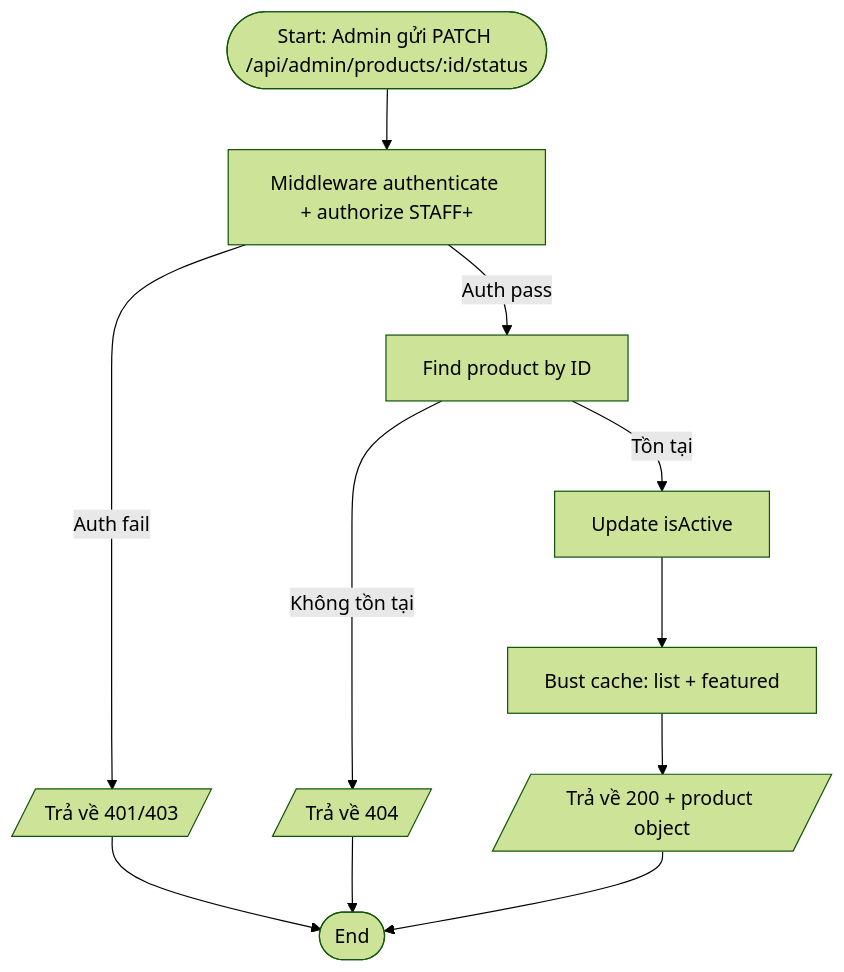
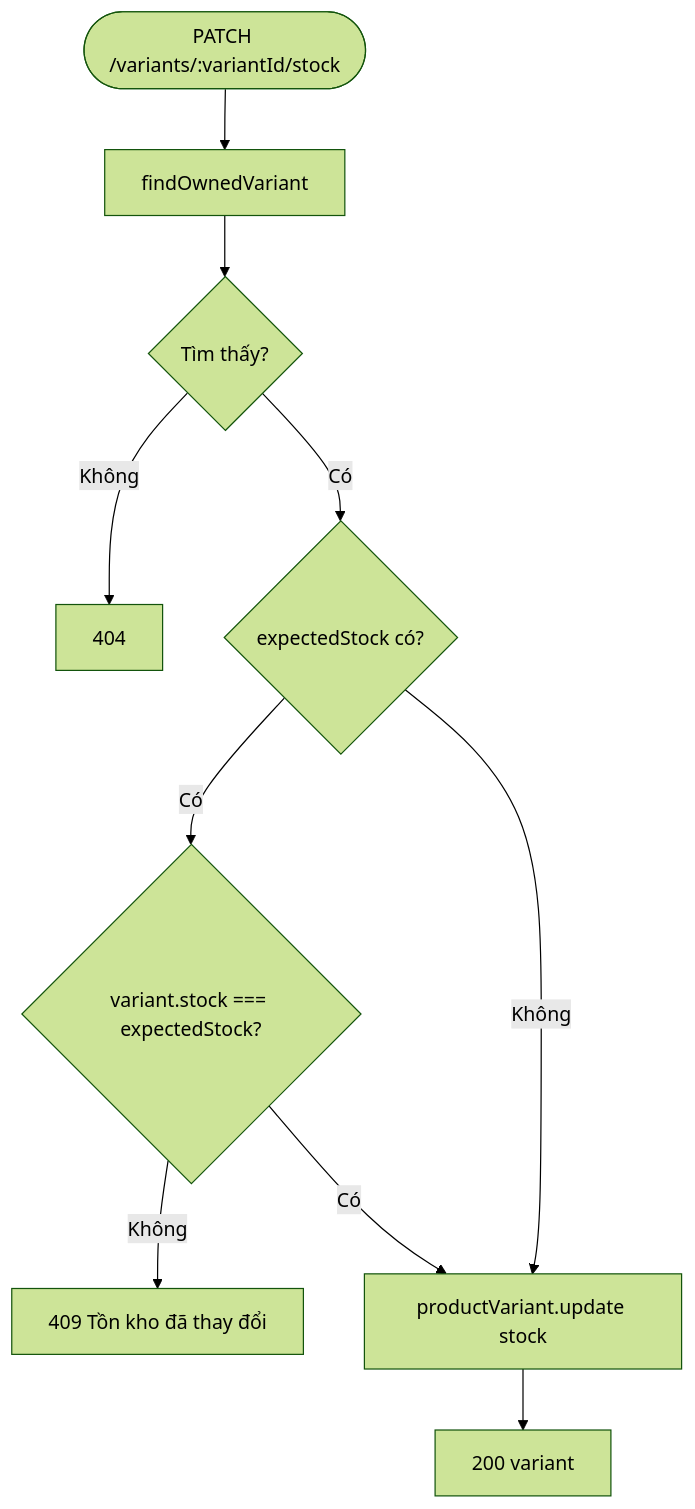
One commit to phamvinh203/mobivexa changed the fifth of 7 diagrams in docs/Product/ActivityDiagram.md. Above: the diagram before and after it, drawn with Mermaid (forest theme). The commit also changed other lines of this file and 79 other files, not shown here.

Commit message:
📜 Add documentation for Inventory and Favorite modules including Use Cases, API Specifications, and Activity Diagrams

````diff
--- a/docs/Product/ActivityDiagram.md
+++ b/docs/Product/ActivityDiagram.md
@@ -291,13 +90,12 @@
 ```mermaid
 flowchart TD
-    A([Start: Admin gửi PATCH /api/admin/products/:id/status]) --> B[Middleware authenticate + authorize STAFF+]
-    B -->|Auth fail| E1[/Trả về 401/403/]
-    B -->|Auth pass| C[Find product by ID]
-    C -->|Không tồn tại| E2[/Trả về 404/]
-    C -->|Tồn tại| D[Update isActive]
-    D --> E[Bust cache: list + featured]
-    E --> F[/Trả về 200 + product object/]
-    E1 --> Z([End])
-    E2 --> Z
-    F --> Z
+    A([PATCH /variants/:variantId/stock]) --> B[findOwnedVariant]
+    B --> C{Tìm thấy?}
+    C -- Không --> ERR1[404]
+    C -- Có --> D{expectedStock có?}
+    D -- Có --> E{variant.stock === expectedStock?}
+    E -- Không --> ERR2[409 Tồn kho đã thay đổi]
+    E -- Có --> F[productVariant.update stock]
+    D -- Không --> F
+    F --> G[200 variant]
 ```
````
